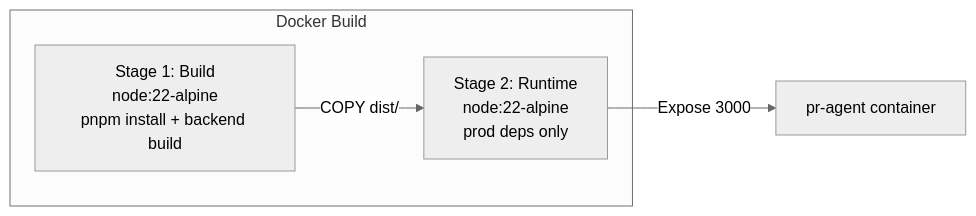
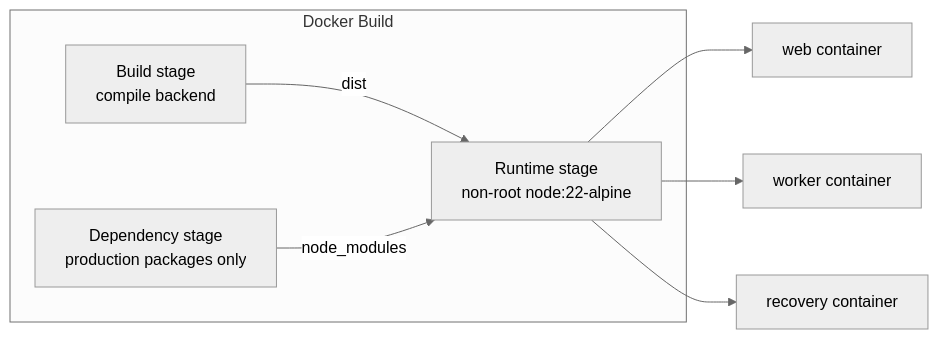
Before and after one commit to condevtools/pr-agent: the seventh of 8 diagrams in README.md, drawn with Mermaid (neutral theme). The commit also changed other lines of this file and 37 other files, not shown here.

````diff
--- a/README.md
+++ b/README.md
@@ -581,9 +581,13 @@
 ```mermaid
 graph LR
     subgraph Docker Build
-        B1[Stage 1: Build<br/>node:22-alpine<br/>pnpm install + backend build]
-        B2[Stage 2: Runtime<br/>node:22-alpine<br/>prod deps only]
-        B1 -->|COPY dist/| B2
+        B1[Build stage<br/>compile backend]
+        B2[Dependency stage<br/>production packages only]
+        B3[Runtime stage<br/>non-root node:22-alpine]
+        B1 -->|dist| B3
+        B2 -->|node_modules| B3
     end
-    B2 -->|Expose 3000| SRV[pr-agent container]
+    B3 --> W[web container]
+    B3 --> Q[worker container]
+    B3 --> R[recovery container]
 ```
````
